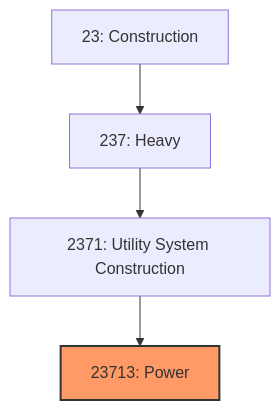
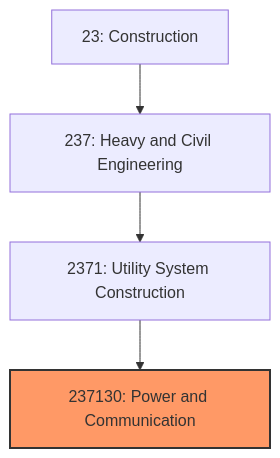
The first of 3 diagrams in industries/Construction/CivilEngineeringConstruction/UtilitySystemConstruction/Power.mdx (kziemski/business.org.ai), drawn with Mermaid before and after one commit. The commit also changed other lines of this file and 67 other files, not shown here.

````diff
--- a/industries/Construction/CivilEngineeringConstruction/UtilitySystemConstruction/Power.mdx
+++ b/industries/Construction/CivilEngineeringConstruction/UtilitySystemConstruction/Power.mdx
@@ -20,8 +36,8 @@
 ```mermaid
 graph TD
     S23["23: Construction"]
-    S23 --> N237["237: Heavy"]
+    S23 --> N237["237: Heavy and Civil Engineering"]
     N237 --> N2371["2371: Utility System Construction"]
-    N2371 --> N23713["23713: Power"]
-    style N23713 fill:#f96,stroke:#333,stroke-width:2px
+    N2371 --> N237130["237130: Power and Communication"]
+    style N237130 fill:#f96,stroke:#333,stroke-width:2px
 ```
````
